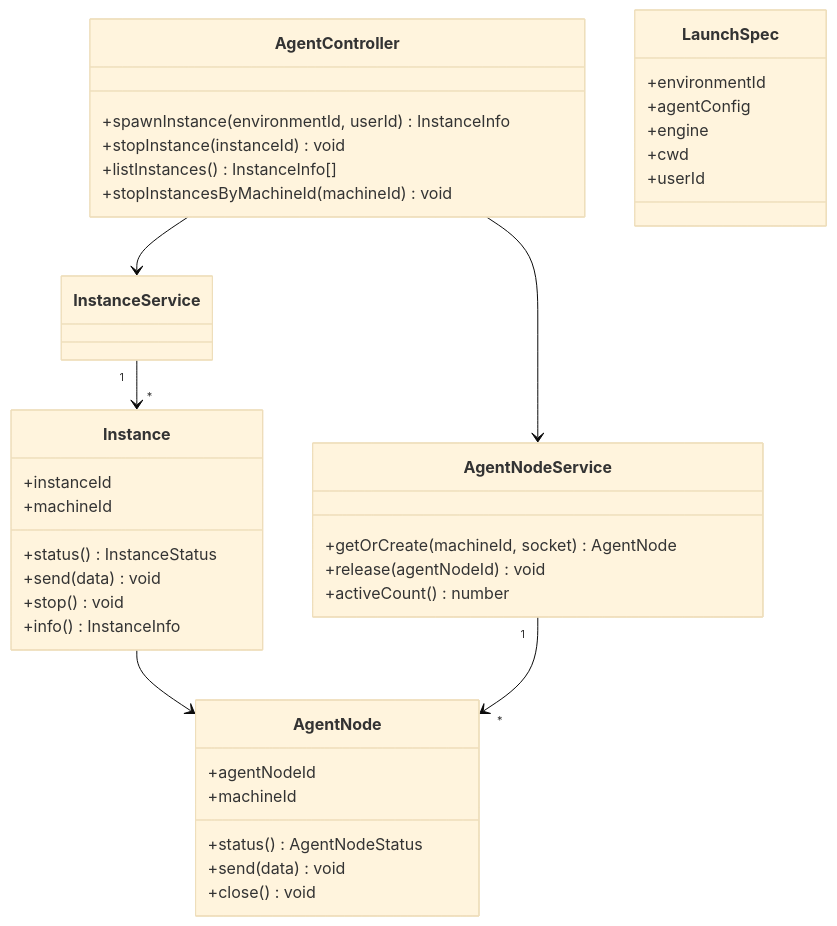
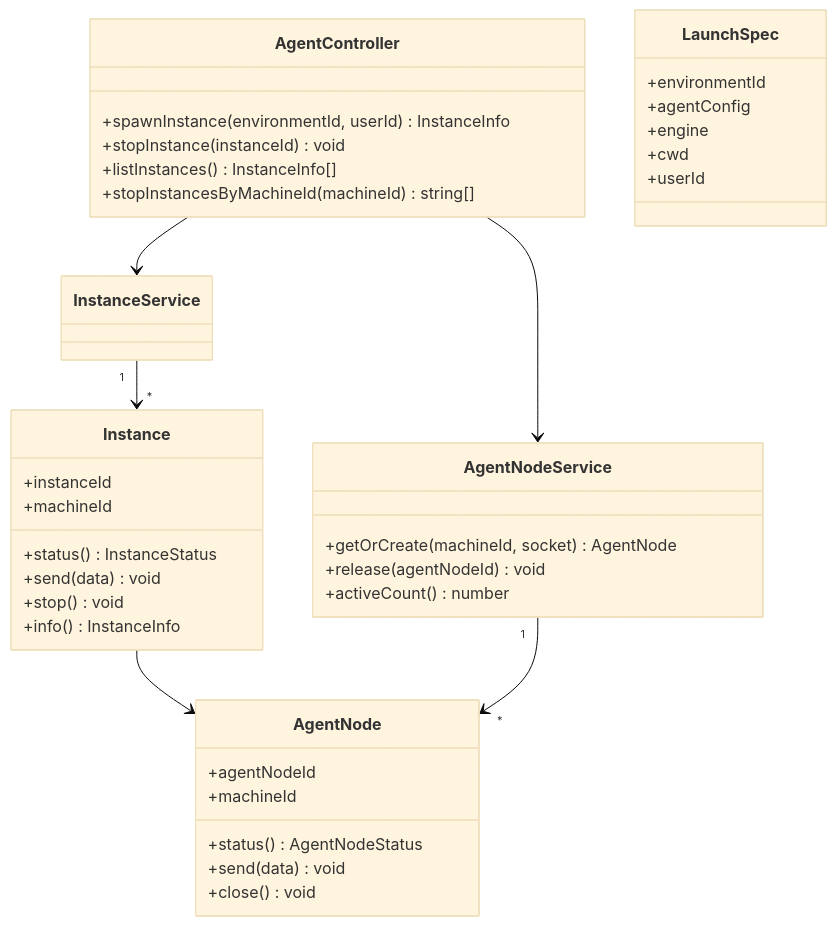
One commit to HuangPuStar/FenixAgent changed the second of 5 diagrams in docs/arch/20-orchestration-management.md. Above: the diagram before and after it, drawn with Mermaid (base theme). The commit also changed other lines of this file and 68 other files, not shown here.

````diff
--- a/docs/arch/20-orchestration-management.md
+++ b/docs/arch/20-orchestration-management.md
@@ -75,42 +75,42 @@
 ```mermaid
 classDiagram
     class AgentController {
         +spawnInstance(environmentId, userId) InstanceInfo
         +stopInstance(instanceId) void
         +listInstances() InstanceInfo[]
-        +stopInstancesByMachineId(machineId) void
+        +stopInstancesByMachineId(machineId) string[]
     }
     class Instance {
         +instanceId
         +machineId
         +status() InstanceStatus
         +send(data) void
         +stop() void
         +info() InstanceInfo
     }
     class AgentNodeService {
         +getOrCreate(machineId, socket) AgentNode
         +release(agentNodeId) void
         +activeCount() number
     }
     class AgentNode {
         +agentNodeId
         +machineId
         +status() AgentNodeStatus
         +send(data) void
         +close() void
     }
     class LaunchSpec {
         +environmentId
         +agentConfig
         +engine
         +cwd
         +userId
     }
 
     AgentController --> InstanceService
     AgentController --> AgentNodeService
     InstanceService "1" --> "*" Instance
     Instance --> AgentNode
     AgentNodeService "1" --> "*" AgentNode
 ```
````
